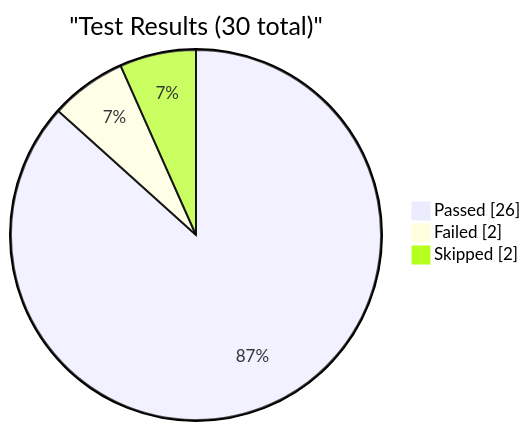
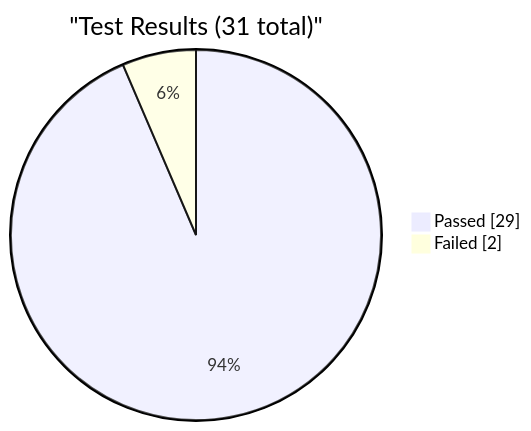
The first of 4 diagrams in reports/dashboard.md (EliteaAI/onetest-ai-tm-Elitea), drawn with Mermaid before and after one commit. The commit also changed other lines of this file and 1 other file, not shown here.

Commit message:
dashboard: update test metrics for RUN-ELITEA-2026-10-08-247-DEV-SMOKE-ARTIFACTS-SCHEDULED-FAILED

````diff
--- a/reports/dashboard.md
+++ b/reports/dashboard.md
@@ -9,7 +9,6 @@
 ```mermaid
 pie showData
-    title "Test Results (30 total)"
-    "Passed" : 26
+    title "Test Results (31 total)"
+    "Passed" : 29
     "Failed" : 2
-    "Skipped" : 2
 ```
````
